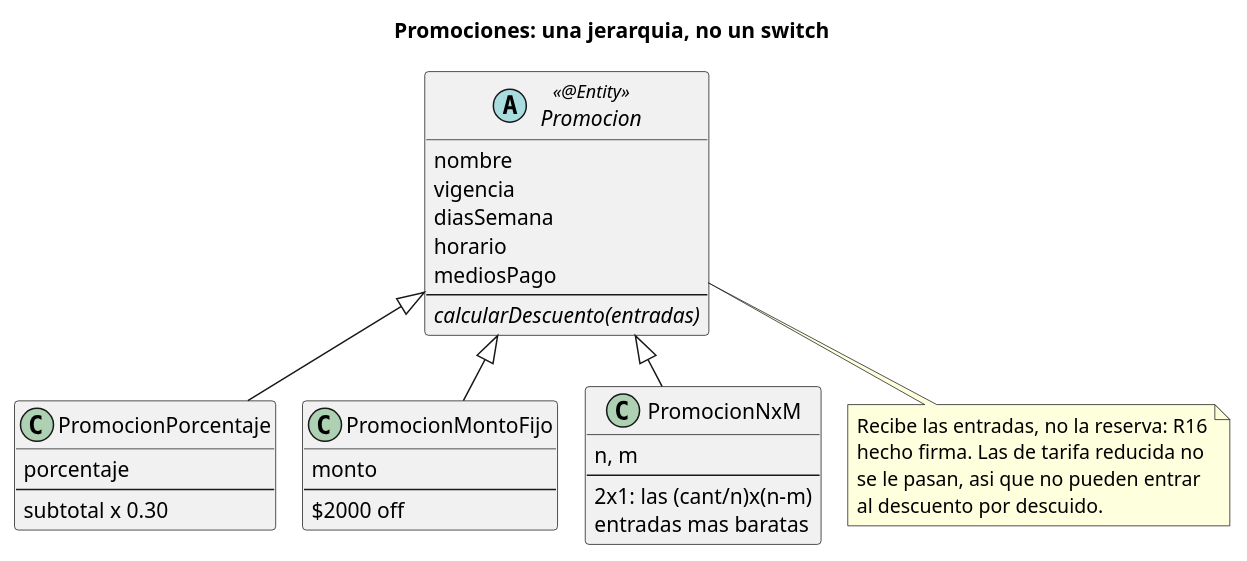
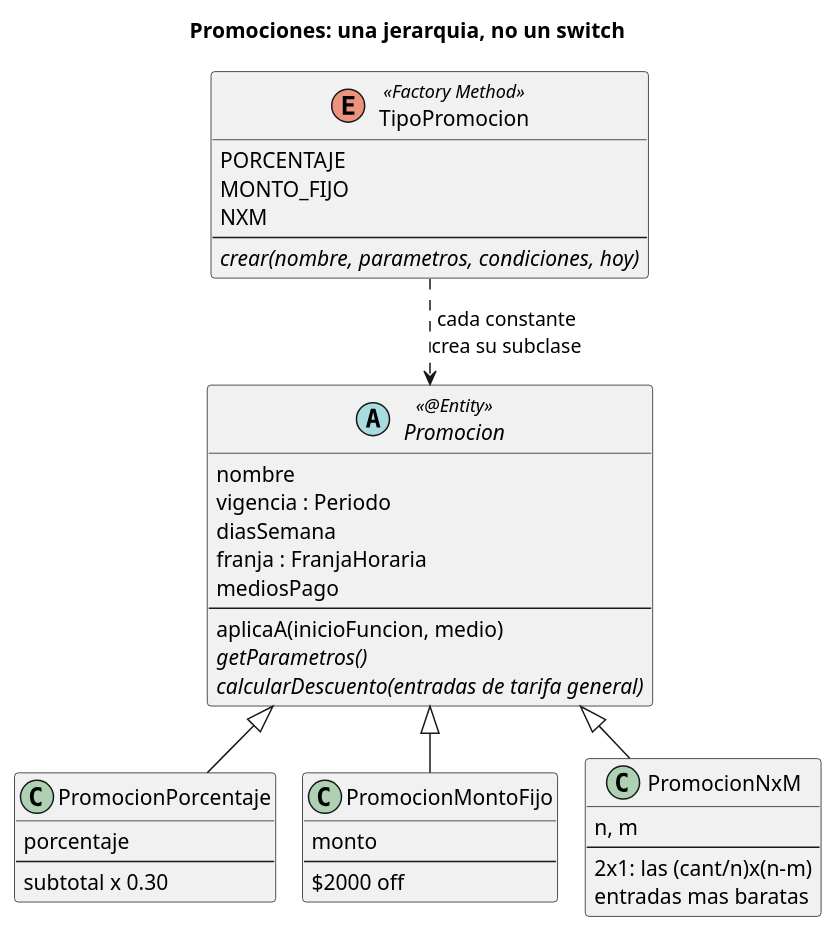
Before and after one commit to andreiveisuade/cine-uade: the diagram in _other/docs/diagramas/promociones-herencia.puml, drawn with PlantUML. The commit also changed 38 other files, not shown here.

First line of the commit message:
docs(manual): arquitectura, patrones, reglas, errores y swing al dia, y diagramas sin notas

```diff
--- a/_other/docs/diagramas/promociones-herencia.puml
+++ b/_other/docs/diagramas/promociones-herencia.puml
@@ -1,48 +1,52 @@
 @startuml promociones-herencia
 title Promociones: una jerarquia, no un switch
 
 skinparam classAttributeIconSize 0
 skinparam nodesep 18
 skinparam ranksep 34
 
 abstract class Promocion <<@Entity>> {
   nombre
-  vigencia
+  vigencia : Periodo
   diasSemana
-  horario
+  franja : FranjaHoraria
   mediosPago
   --
-  {abstract} calcularDescuento(entradas)
+  aplicaA(inicioFuncion, medio)
+  {abstract} getParametros()
+  {abstract} calcularDescuento(entradas de tarifa general)
 }
 
 class PromocionPorcentaje {
   porcentaje
   --
   subtotal x 0.30
 }
 
 class PromocionMontoFijo {
   monto
   --
   $2000 off
 }
 
 class PromocionNxM {
   n, m
   --
   2x1: las (cant/n)x(n-m)
   entradas mas baratas
 }
 
+enum TipoPromocion <<Factory Method>> {
+  PORCENTAJE
+  MONTO_FIJO
+  NXM
+  --
+  {abstract} crear(nombre, parametros, condiciones, hoy)
+}
+
 Promocion <|-- PromocionPorcentaje
 Promocion <|-- PromocionMontoFijo
 Promocion <|-- PromocionNxM
-
-note bottom of Promocion
-  Recibe las entradas, no la reserva: R16
-  hecho firma. Las de tarifa reducida no
-  se le pasan, asi que no pueden entrar
-  al descuento por descuido.
-end note
+TipoPromocion ..> Promocion : cada constante\ncrea su subclase
 
 @enduml
```
